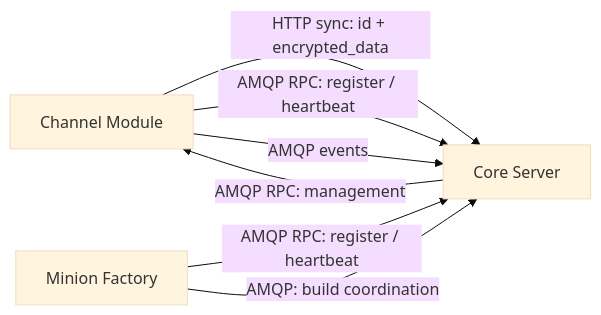
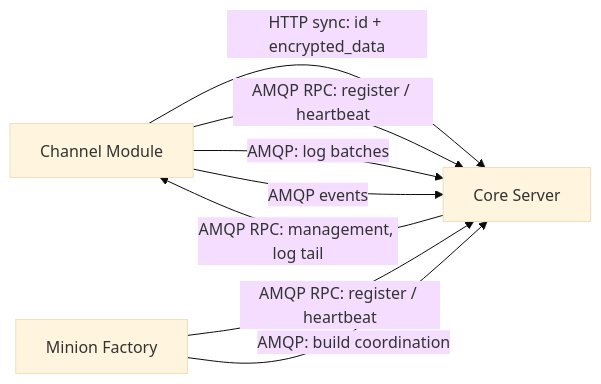
One commit to LogosCore/logos-docs changed the diagram in src/content/docs/contracts/overview.md. Above: the diagram before and after it, drawn with Mermaid (base theme). The commit also changed other lines of this file and 13 other files, not shown here.

````diff
--- a/src/content/docs/contracts/overview.md
+++ b/src/content/docs/contracts/overview.md
@@ -44,13 +46,14 @@
 ```mermaid
 graph LR
     CH[Channel Module]
     CS[Core Server]
     IP[Minion Factory]
 
     CH -- "HTTP sync: id + encrypted_data" --> CS
     CH -- "AMQP RPC: register / heartbeat" --> CS
-    CS -- "AMQP RPC: management" --> CH
+    CS -- "AMQP RPC: management, log tail" --> CH
+    CH -- "AMQP: log batches" --> CS
     CH -- "AMQP events" --> CS
     IP -- "AMQP RPC: register / heartbeat" --> CS
     IP -- "AMQP: build coordination" --> CS
 ```
````
